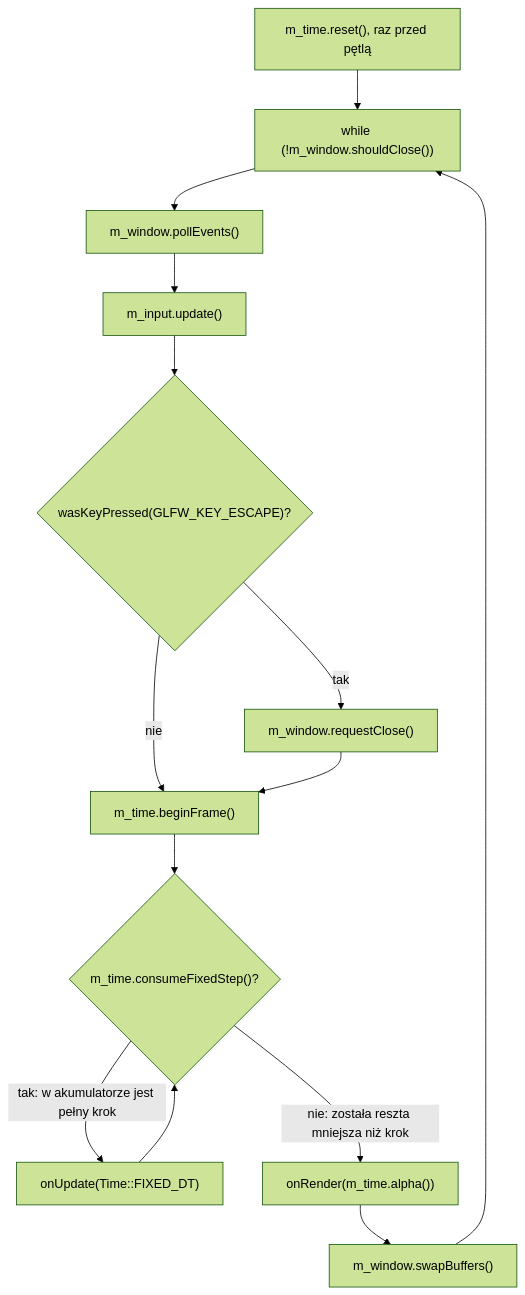
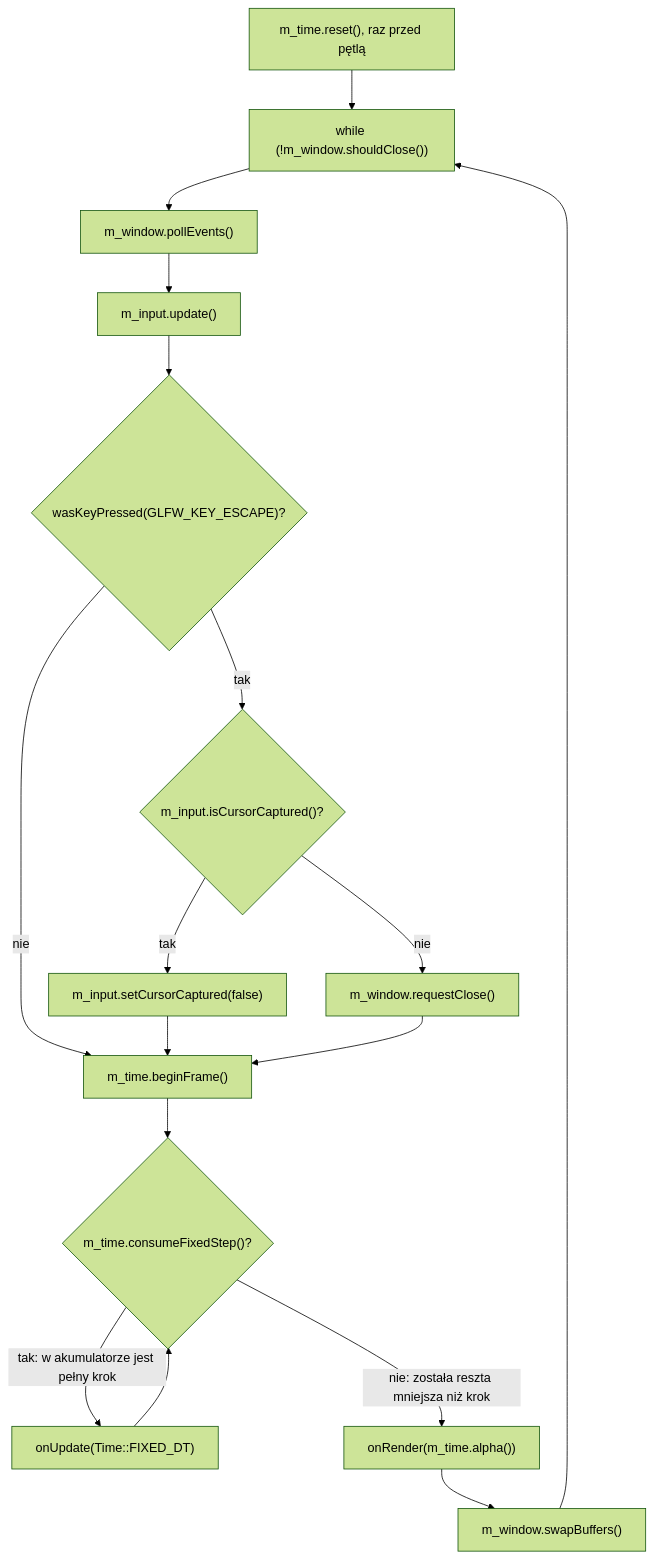
Before and after one commit to Shironex/night-maze: the diagram in docs/modules/core/main-loop.md, drawn with Mermaid (forest theme). The commit also changed other lines of this file and 16 other files, not shown here.

````diff
--- a/docs/modules/core/main-loop.md
+++ b/docs/modules/core/main-loop.md
@@ -18,16 +18,19 @@
 ```mermaid
 flowchart TD
     Z["m_time.reset(), raz przed pętlą"] --> S
     S["while (!m_window.shouldClose())"] --> P["m_window.pollEvents()"]
     P --> I["m_input.update()"]
     I --> E{"wasKeyPressed(GLFW_KEY_ESCAPE)?"}
-    E -->|tak| C["m_window.requestClose()"]
+    E -->|tak| K{"m_input.isCursorCaptured()?"}
+    K -->|tak| X["m_input.setCursorCaptured(false)"]
+    K -->|nie| C["m_window.requestClose()"]
     E -->|nie| T["m_time.beginFrame()"]
+    X --> T
     C --> T
     T --> Q{"m_time.consumeFixedStep()?"}
     Q -->|"tak: w akumulatorze jest pełny krok"| U["onUpdate(Time::FIXED_DT)"]
     U --> Q
     Q -->|"nie: została reszta mniejsza niż krok"| R["onRender(m_time.alpha())"]
     R --> W["m_window.swapBuffers()"]
     W --> S
 ```
````
